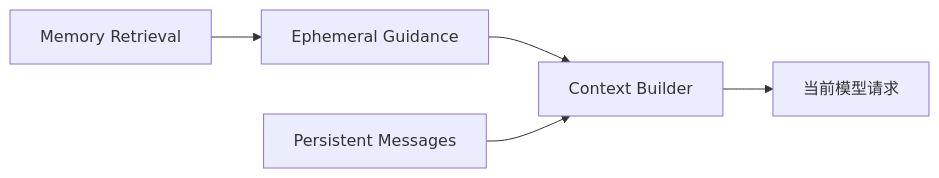
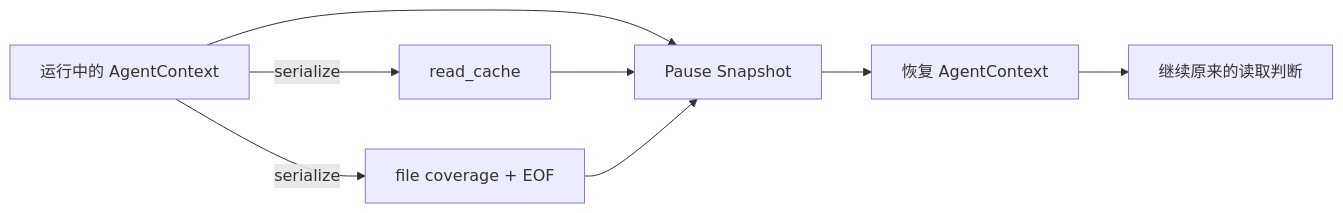
One commit to Arthur999459up/GitAgent changed diagram 16 of 18 in docs/10-context-governance-and-read-state.md. Above: the diagram before and after it, drawn with Mermaid. The commit also changed other lines of this file and 3 other files, not shown here.

````diff
--- a/docs/10-context-governance-and-read-state.md
+++ b/docs/10-context-governance-and-read-state.md
@@ -244,7 +878,10 @@
 ```mermaid
 flowchart LR
-    M[Memory Retrieval] --> E[Ephemeral Guidance]
-    E --> B[Context Builder]
-    H[Persistent Messages] --> B
-    B --> Q[当前模型请求]
+    A[运行中的 AgentContext] --> S[Pause Snapshot]
+    A -->|serialize| R1[read_cache]
+    A -->|serialize| R2[file coverage + EOF]
+    R1 --> S
+    R2 --> S
+    S --> X[恢复 AgentContext]
+    X --> C[继续原来的读取判断]
 ```
````
